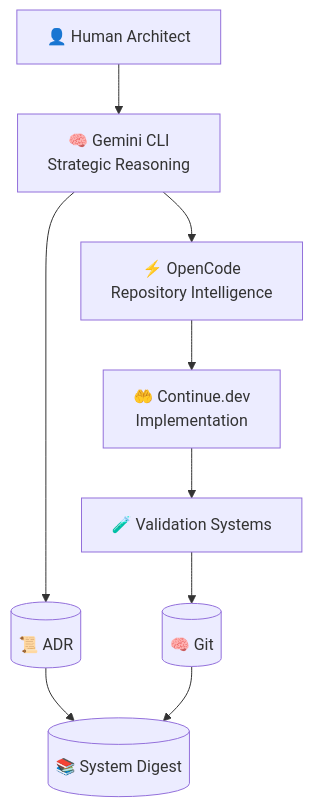
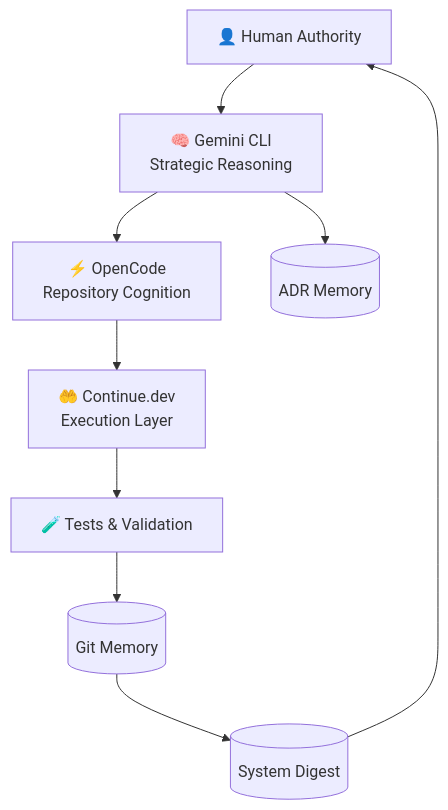
Before and after one commit to seanwhs/Tutorials: the second of 3 diagrams in AI/Pair-Programming-with-Continue-and-OpenCode.md, drawn with Mermaid. The commit also changed other lines of this file, not shown here.

````diff
--- a/AI/Pair-Programming-with-Continue-and-OpenCode.md
+++ b/AI/Pair-Programming-with-Continue-and-OpenCode.md
@@ -106,30 +94,18 @@
 ```mermaid
 flowchart TD
 
-H[👤 Human Architect]
+H[👤 Human Authority]
+G[🧠 Gemini CLI<br/>Strategic Reasoning]
+O[⚡ OpenCode<br/>Repository Cognition]
+C[🤲 Continue.dev<br/>Execution Layer]
+T[🧪 Tests & Validation]
 
-G[🧠 Gemini CLI<br/>Strategic Reasoning]
+Git[(Git Memory)]
+ADR[(ADR Memory)]
+SYS[(System Digest)]
 
-O[⚡ OpenCode<br/>Repository Intelligence]
-
-C[🤲 Continue.dev<br/>Implementation]
-
-R[🧪 Validation Systems]
-
-Git[(🧠 Git)]
-
-ADR[(📜 ADR)]
-
-History[(📚 System Digest)]
-
-H --> G
-G --> O
-O --> C
-C --> R
-
-R --> Git
-
+H --> G --> O --> C --> T --> Git
 G --> ADR
-ADR --> History
-Git --> History
+Git --> SYS
+SYS --> H
 ```
````
